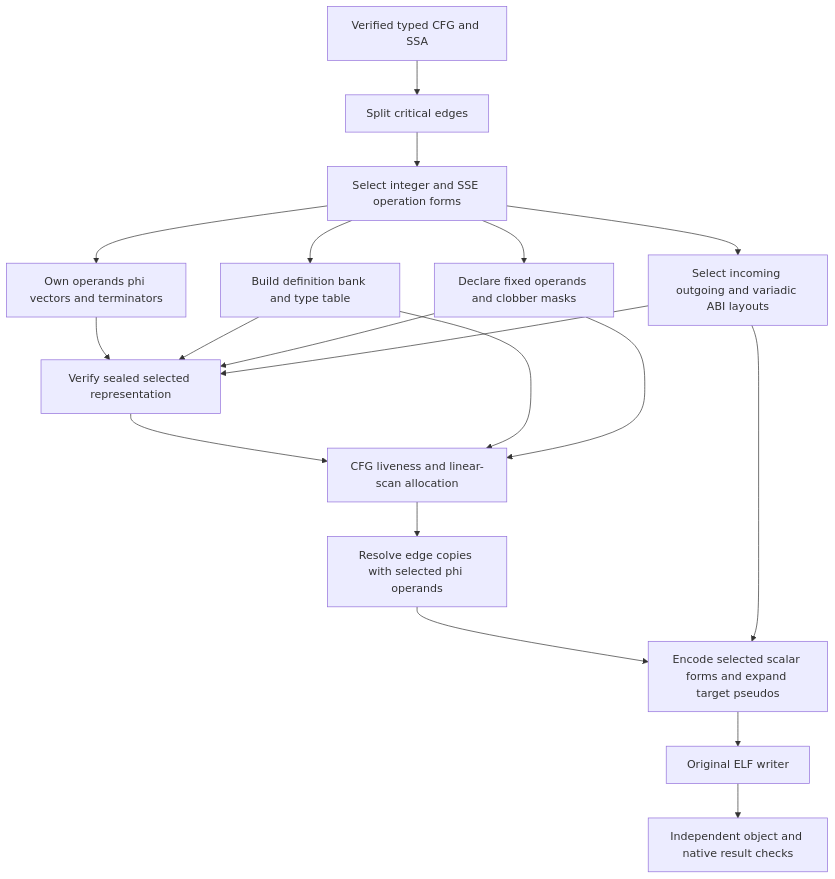
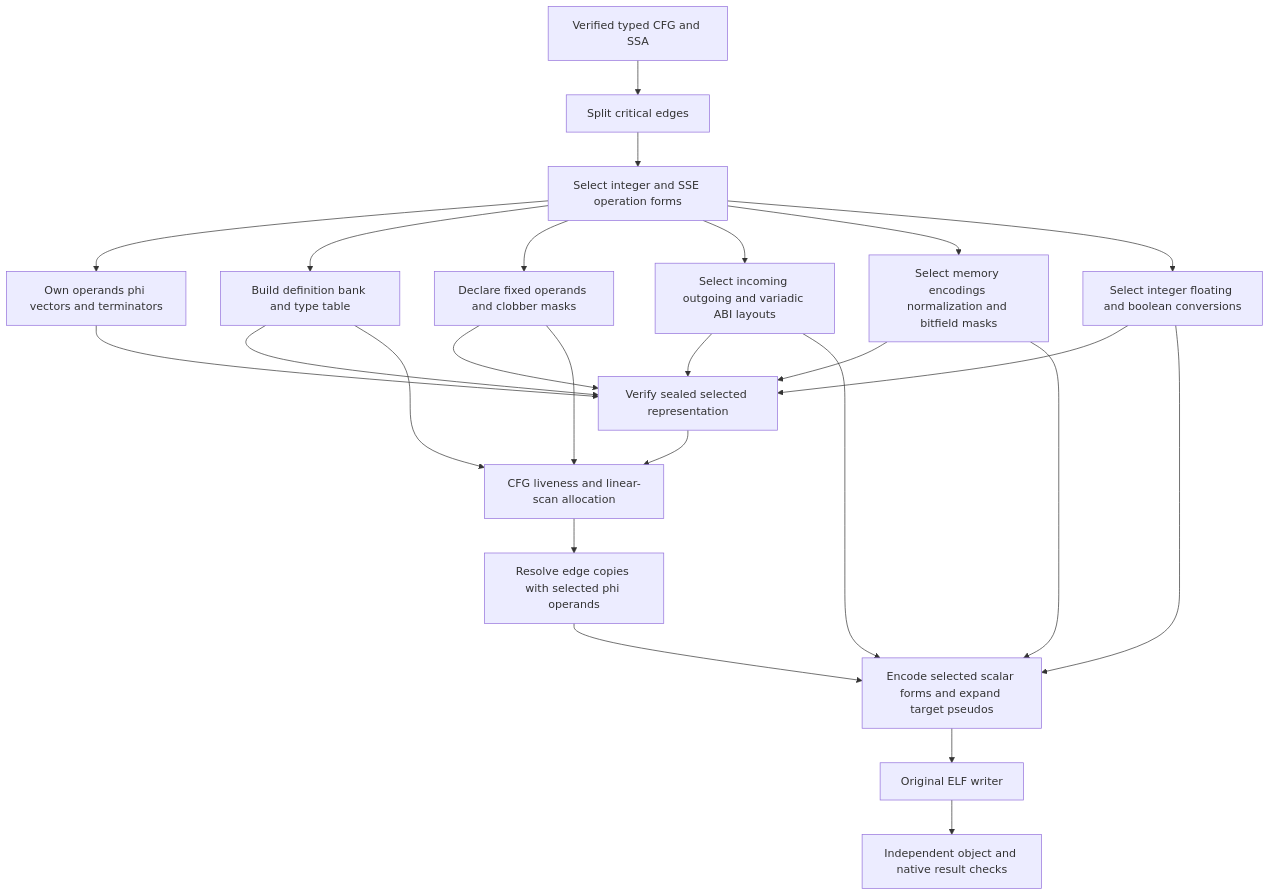
Before and after one commit to Aneesh495/cinder: the diagram in docs/diagrams/machine-selection.mmd, drawn with Mermaid. The commit also changed 27 other files, not shown here.

Commit message:
Select scalar storage conversion and bitfield machine plans

```diff
--- a/docs/diagrams/machine-selection.mmd
+++ b/docs/diagrams/machine-selection.mmd
@@ -1,19 +1,25 @@
 flowchart TD
   IR[Verified typed CFG and SSA] --> EDGE[Split critical edges]
   EDGE --> SELECT[Select integer and SSE operation forms]
   SELECT --> OWN[Own operands phi vectors and terminators]
   SELECT --> BANK[Build definition bank and type table]
   SELECT --> CONTRACT[Declare fixed operands and clobber masks]
   SELECT --> ABI[Select incoming outgoing and variadic ABI layouts]
+  SELECT --> STORAGE[Select memory encodings normalization and bitfield masks]
+  SELECT --> CONVERT[Select integer floating and boolean conversions]
   OWN --> VERIFY[Verify sealed selected representation]
   BANK --> VERIFY
   CONTRACT --> VERIFY
   ABI --> VERIFY
+  STORAGE --> VERIFY
+  CONVERT --> VERIFY
   VERIFY --> LIVE[CFG liveness and linear-scan allocation]
   BANK --> LIVE
   CONTRACT --> LIVE
   LIVE --> COPY[Resolve edge copies with selected phi operands]
   COPY --> ENCODE[Encode selected scalar forms and expand target pseudos]
   ABI --> ENCODE
+  STORAGE --> ENCODE
+  CONVERT --> ENCODE
   ENCODE --> ELF[Original ELF writer]
   ELF --> CHECK[Independent object and native result checks]
```
